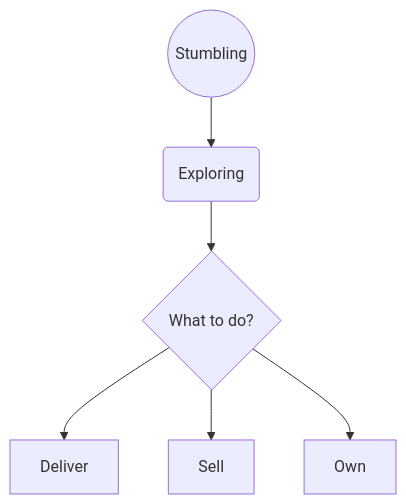
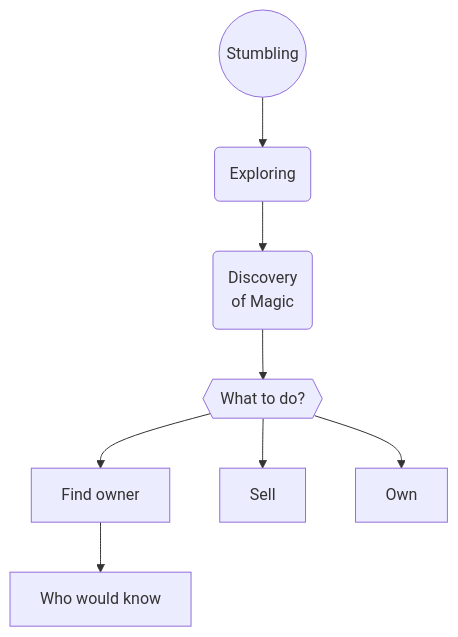
Before and after one commit to eserlan/brinesia: the diagram in campaign arc.md, drawn with Mermaid.

Commit message:
expanded

````diff
--- a/campaign arc.md
+++ b/campaign arc.md
@@ -1,10 +1,13 @@
 ```mermaid
 graph TD; 
     A((Stumbling)) --> B(Exploring)
-    B --> C{What to do?}
-    C --> D[Deliver]
+    B --> C1(Discovery </br> of Magic)
+    C1 --> C{{What to do?}}
+    C --> D[Find owner]
     C --> E[Sell]
     C --> F[Own]
     
+    D --> D2[Who would know]
+    
     
 ```
````
